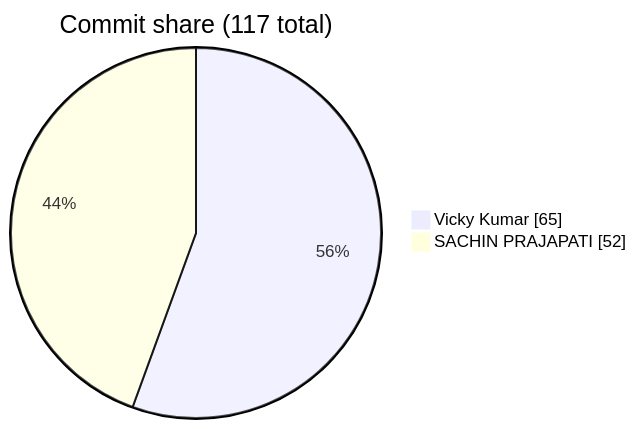
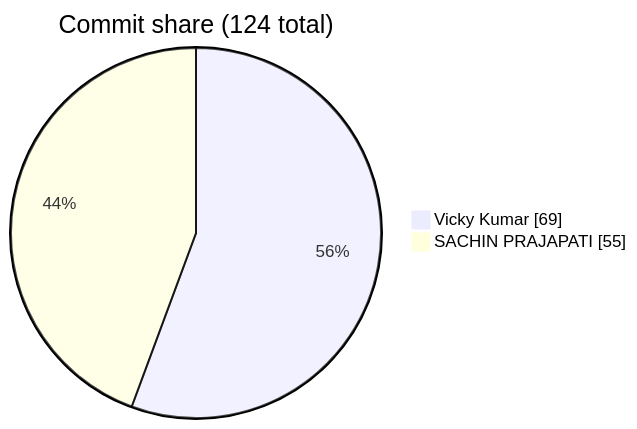
One commit to FiscalMindset/Clipo changed the seventh of 7 diagrams in README.md. Above: the diagram before and after it, drawn with Mermaid.

Commit message:
docs(readme): auto-update contributor stats and star history

````diff
--- a/README.md
+++ b/README.md
@@ -752,5 +752,5 @@
 ```mermaid
-pie showData title Commit share (117 total)
-    "Vicky Kumar" : 65
-    "SACHIN PRAJAPATI" : 52
+pie showData title Commit share (124 total)
+    "Vicky Kumar" : 69
+    "SACHIN PRAJAPATI" : 55
 ```
````
